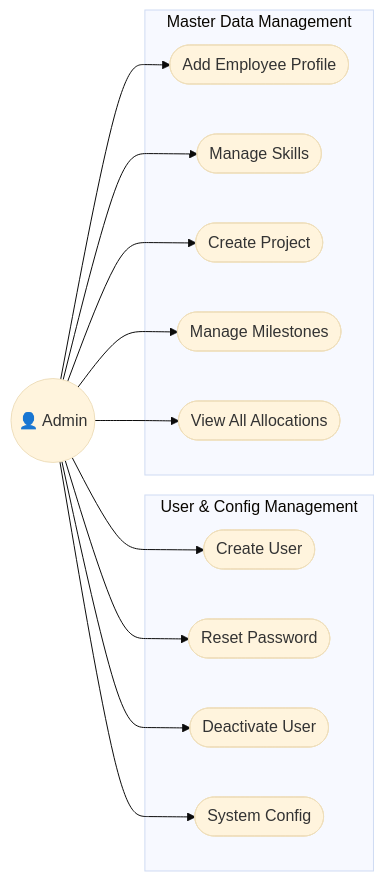
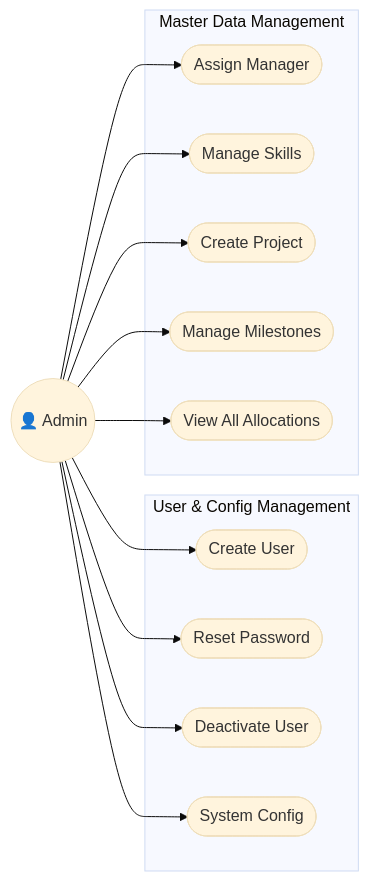
Before and after one commit to HariAdk/PRM: the second of 5 diagrams in docs/Solution/UseCase_Diagram.md, drawn with Mermaid (base theme). The commit also changed other lines of this file and 21 other files, not shown here.

Commit message:
Updated diagrams

````diff
--- a/docs/Solution/UseCase_Diagram.md
+++ b/docs/Solution/UseCase_Diagram.md
@@ -210,29 +212,29 @@
 ```mermaid
 flowchart LR
     Admin((👤 Admin))
     
     subgraph Users["User & Config Management"]
         UC_CreateUser(["Create User"])
         UC_ResetPassword(["Reset Password"])
         UC_DeactivateUser(["Deactivate User"])
         UC_SystemConfig(["System Config"])
     end
     
     subgraph Master["Master Data Management"]
-        UC_AddEmployee(["Add Employee Profile"])
+        UC_AssignManager(["Assign Manager"])
         UC_ManageSkills(["Manage Skills"])
         UC_CreateProject(["Create Project"])
         UC_ManageMilestones(["Manage Milestones"])
         UC_ViewAllAllocations(["View All Allocations"])
     end
     
     Admin --> UC_CreateUser
     Admin --> UC_ResetPassword
     Admin --> UC_DeactivateUser
     Admin --> UC_SystemConfig
-    Admin --> UC_AddEmployee
+    Admin --> UC_AssignManager
     Admin --> UC_ManageSkills
     Admin --> UC_CreateProject
     Admin --> UC_ManageMilestones
     Admin --> UC_ViewAllAllocations
 ```
````
